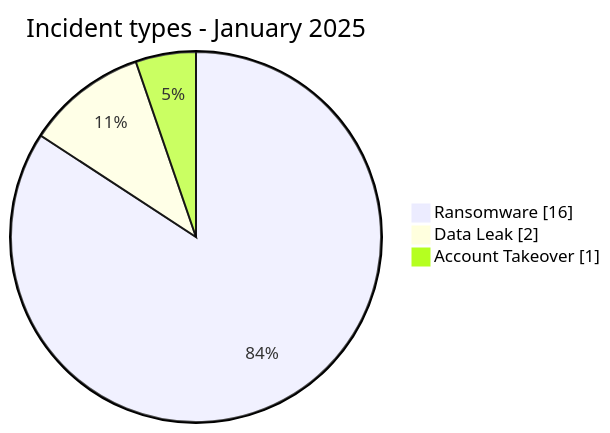
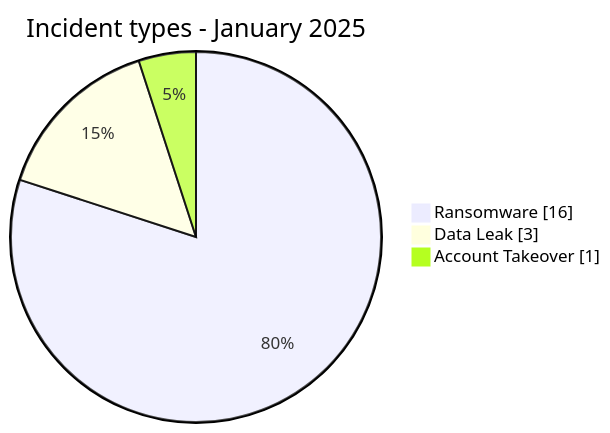
The first of 2 diagrams in CyberAttackAfrica/2025/01-january/README.md (Hatchepsoute/AFRINTEL), drawn with Mermaid before and after one commit. The commit also changed other lines of this file and 90 other files, not shown here.

````diff
--- a/CyberAttackAfrica/2025/01-january/README.md
+++ b/CyberAttackAfrica/2025/01-january/README.md
@@ -77,7 +77,7 @@
 ```mermaid
 pie showData
     title Incident types - January 2025
     "Ransomware" : 16
-    "Data Leak" : 2
+    "Data Leak" : 3
     "Account Takeover" : 1
 ```
````
